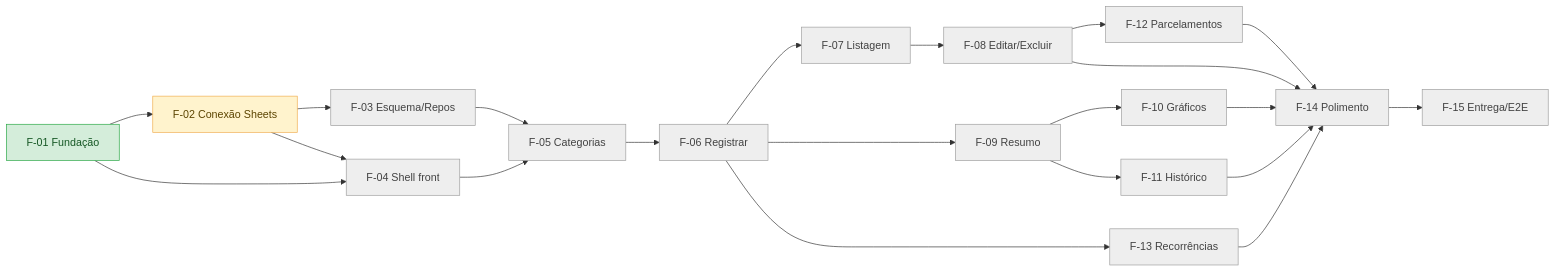
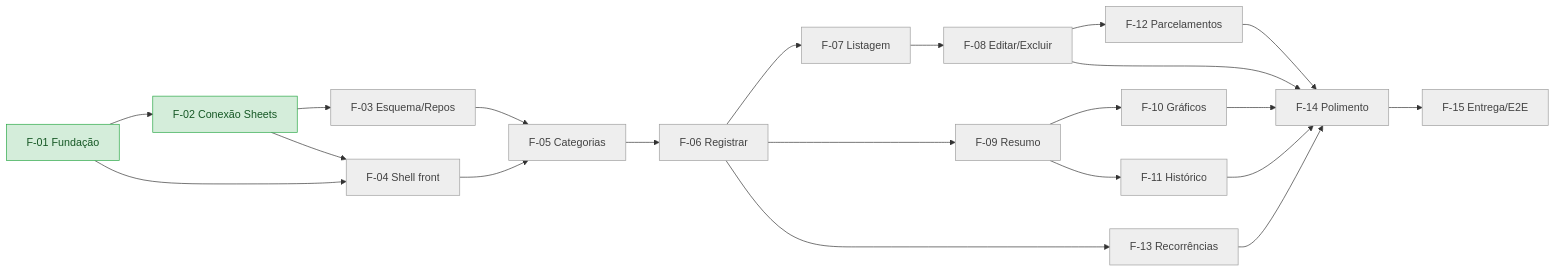
Before and after one commit to Pedrohcs/PlanilhaFinanceira: the diagram in SPECS/05-acompanhamento.md, drawn with Mermaid. The commit also changed other lines of this file and 4 other files, not shown here.

````diff
--- a/SPECS/05-acompanhamento.md
+++ b/SPECS/05-acompanhamento.md
@@ -64,24 +64,23 @@
 ```mermaid
 flowchart LR
     F01[F-01 Fundação] --> F02[F-02 Conexão Sheets] --> F03[F-03 Esquema/Repos]
     F01 --> F04[F-04 Shell front]
     F02 --> F04
     F03 --> F05[F-05 Categorias]
     F04 --> F05
     F05 --> F06[F-06 Registrar]
     F06 --> F07[F-07 Listagem] --> F08[F-08 Editar/Excluir]
     F06 --> F09[F-09 Resumo]
     F09 --> F10[F-10 Gráficos]
     F09 --> F11[F-11 Histórico]
     F08 --> F12[F-12 Parcelamentos]
     F06 --> F13[F-13 Recorrências]
     F08 & F10 & F11 & F12 & F13 --> F14[F-14 Polimento]
     F14 --> F15[F-15 Entrega/E2E]
 
     classDef naoIniciada fill:#eeeeee,stroke:#9e9e9e,color:#424242;
     classDef iniciada fill:#fff3cd,stroke:#f0ad4e,color:#5c4400;
     classDef concluida fill:#d4edda,stroke:#28a745,color:#155724;
     class F03,F04,F05,F06,F07,F08,F09,F10,F11,F12,F13,F14,F15 naoIniciada;
-    class F01 concluida;
-    class F02 iniciada;
+    class F01,F02 concluida;
 ```
````
